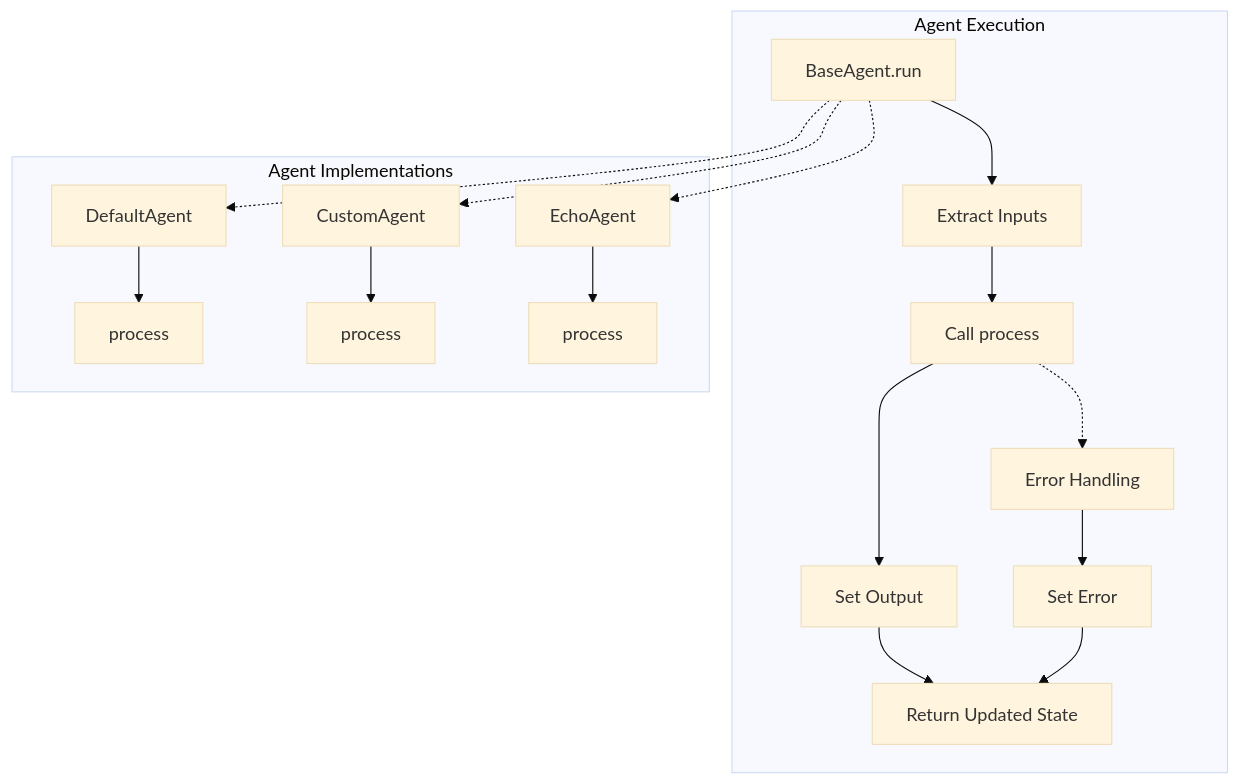
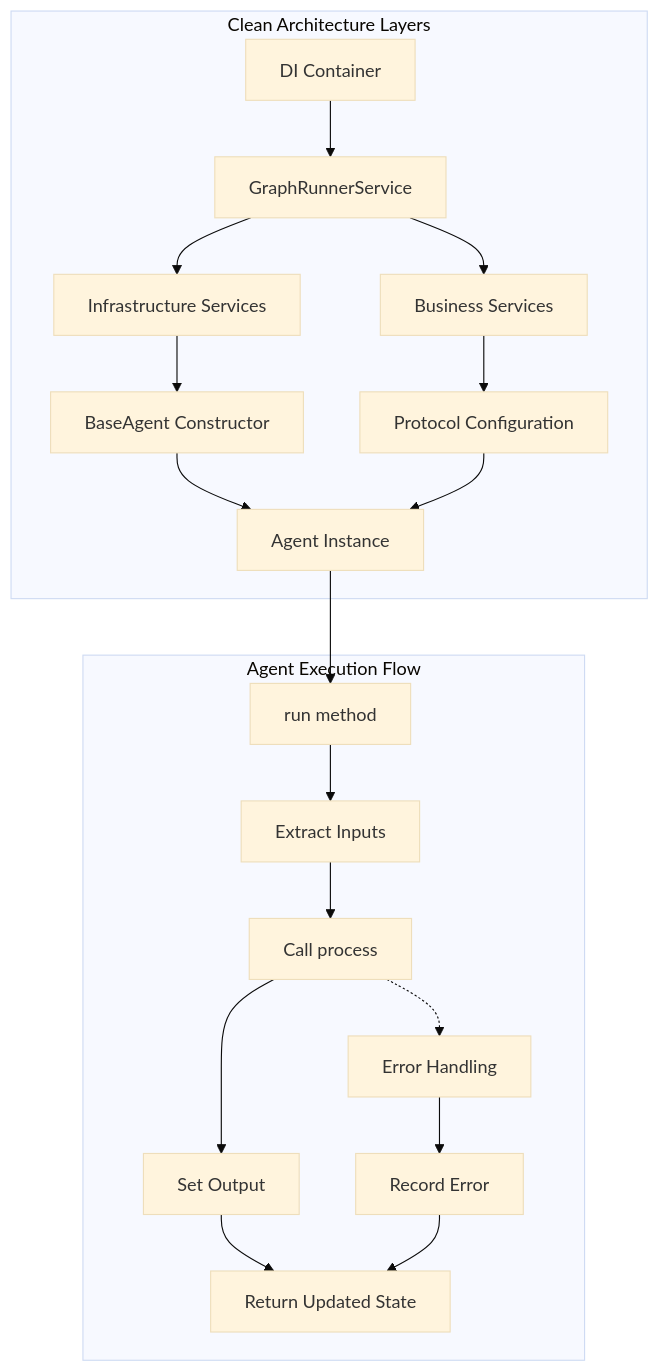
Before and after one commit to jwwelbor/AgentMap: the first of 2 diagrams in docs/usage/agent_contract.md, drawn with Mermaid (base theme). The commit also changed other lines of this file and 107 other files, not shown here.

Commit message:
able to scaffold and run a graph. All tests passing!

````diff
--- a/docs/usage/agent_contract.md
+++ b/docs/usage/agent_contract.md
@@ -7,23 +14,26 @@
 ```mermaid
 flowchart TB
-    subgraph "Agent Execution"
-        A[BaseAgent.run] --> B[Extract Inputs]
-        B --> C[Call process]
-        C --> D[Set Output]
-        D --> E[Return Updated State]
+    subgraph "Clean Architecture Layers"
+        A[DI Container] --> B[GraphRunnerService]
+        B --> C[Infrastructure Services]
+        B --> D[Business Services]
         
-        C -.-> F[Error Handling]
-        F --> G[Set Error]
-        G --> E
+        C --> E[BaseAgent Constructor]
+        D --> F[Protocol Configuration]
+        
+        E --> G[Agent Instance]
+        F --> G
     end
     
-    subgraph "Agent Implementations"
-        I[DefaultAgent] --> K[process]
-        J[CustomAgent] --> L[process]
-        M[EchoAgent] --> N[process]
+    subgraph "Agent Execution Flow"
+        G --> H[run method]
+        H --> I[Extract Inputs]
+        I --> J[Call process]
+        J --> K[Set Output]
+        K --> L[Return Updated State]
+        
+        J -.-> M[Error Handling]
+        M --> N[Record Error]
+        N --> L
     end
-    
-    A -.-> I
-    A -.-> J
-    A -.-> M
 ```
````
